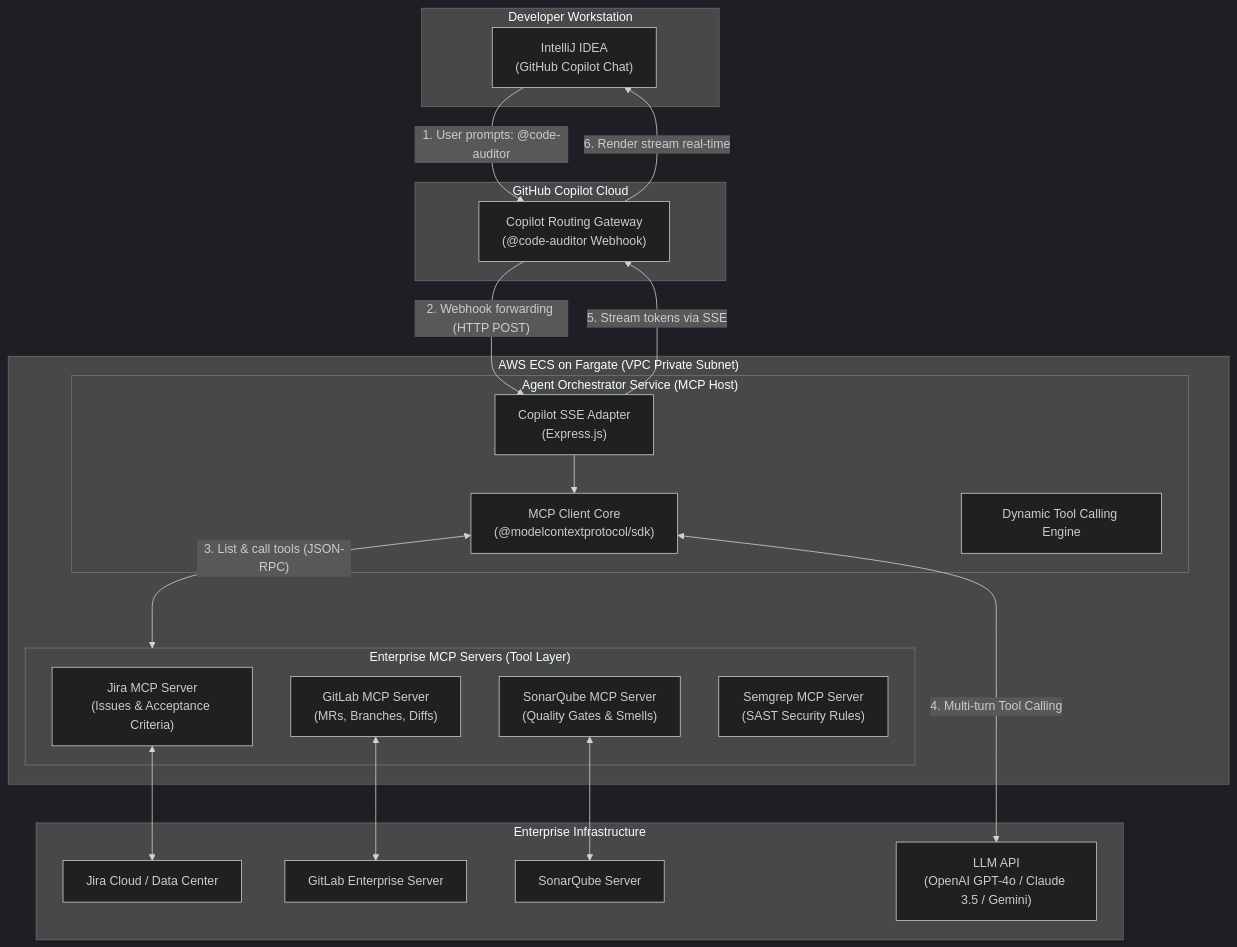
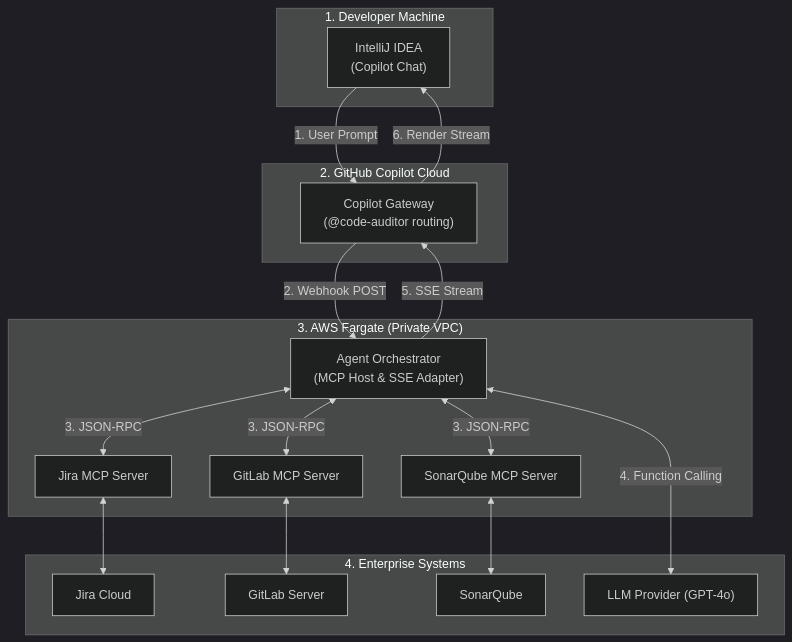
Before and after one commit to AtulKumarKatiyar/secure-rag-assistant: the first of 3 diagrams in ENTERPRISE_MCP_CODE_AUDITOR.md, drawn with Mermaid (dark theme). The commit also changed other lines of this file, not shown here.

````diff
--- a/ENTERPRISE_MCP_CODE_AUDITOR.md
+++ b/ENTERPRISE_MCP_CODE_AUDITOR.md
@@ -13,46 +60,36 @@
 ```mermaid
 flowchart TD
-    subgraph DeveloperWorkstation["Developer Workstation"]
-        IntelliJ["IntelliJ IDEA\n(GitHub Copilot Chat)"]
+    subgraph Station["1. Developer Machine"]
+        IDEA["IntelliJ IDEA<br/>(Copilot Chat)"]
     end
 
-    subgraph GitHubPlatform["GitHub Copilot Cloud"]
-        GHExtension["Copilot Routing Gateway\n(@code-auditor Webhook)"]
+    subgraph GitHub["2. GitHub Copilot Cloud"]
+        Gateway["Copilot Gateway<br/>(@code-auditor routing)"]
     end
 
-    subgraph AWSCloud["AWS ECS on Fargate (VPC Private Subnet)"]
-        subgraph AgentOrchestrator["Agent Orchestrator Service (MCP Host)"]
-            SSEAdapter["Copilot SSE Adapter\n(Express.js)"]
-            MCPHost["MCP Client Core\n(@modelcontextprotocol/sdk)"]
-            ToolRouter["Dynamic Tool Calling Engine"]
-        end
-
-        subgraph MCPServers["Enterprise MCP Servers (Tool Layer)"]
-            JiraMCP["Jira MCP Server\n(Issues & Acceptance Criteria)"]
-            GitLabMCP["GitLab MCP Server\n(MRs, Branches, Diffs)"]
-            SonarMCP["SonarQube MCP Server\n(Quality Gates & Smells)"]
-            SemgrepMCP["Semgrep MCP Server\n(SAST Security Rules)"]
-        end
+    subgraph AWS["3. AWS Fargate (Private VPC)"]
+        Orchestrator["Agent Orchestrator<br/>(MCP Host & SSE Adapter)"]
+        JiraMCP["Jira MCP Server"]
+        GitLabMCP["GitLab MCP Server"]
+        SonarMCP["SonarQube MCP Server"]
     end
 
-    subgraph EnterpriseInfra["Enterprise Infrastructure"]
-        JiraCloud["Jira Cloud / Data Center"]
-        GitLabInstance["GitLab Enterprise Server"]
-        SonarQubeInstance["SonarQube Server"]
-        LLMProvider["LLM API\n(OpenAI GPT-4o / Claude 3.5 / Gemini)"]
+    subgraph External["4. Enterprise Systems"]
+        Jira["Jira Cloud"]
+        GitLab["GitLab Server"]
+        Sonar["SonarQube"]
+        LLM["LLM Provider (GPT-4o)"]
     end
 
-    %% Interactions
-    IntelliJ -->|"1. User prompts: @code-auditor"| GHExtension
-    GHExtension -->|"2. Webhook forwarding (HTTP POST)"| SSEAdapter
-    SSEAdapter --> MCPHost
-    MCPHost <-->|"3. List & call tools (JSON-RPC)"| MCPServers
-    
-    JiraMCP <--> JiraCloud
-    GitLabMCP <--> GitLabInstance
-    SonarMCP <--> SonarQubeInstance
-    
-    MCPHost <-->|"4. Multi-turn Tool Calling"| LLMProvider
-    SSEAdapter -->|"5. Stream tokens via SSE"| GHExtension
-    GHExtension -->|"6. Render stream real-time"| IntelliJ
+    IDEA -->|"1. User Prompt"| Gateway
+    Gateway -->|"2. Webhook POST"| Orchestrator
+    Orchestrator <-->|"3. JSON-RPC"| JiraMCP
+    Orchestrator <-->|"3. JSON-RPC"| GitLabMCP
+    Orchestrator <-->|"3. JSON-RPC"| SonarMCP
+    JiraMCP <--> Jira
+    GitLabMCP <--> GitLab
+    SonarMCP <--> Sonar
+    Orchestrator <-->|"4. Function Calling"| LLM
+    Orchestrator -->|"5. SSE Stream"| Gateway
+    Gateway -->|"6. Render Stream"| IDEA
 ```
````
